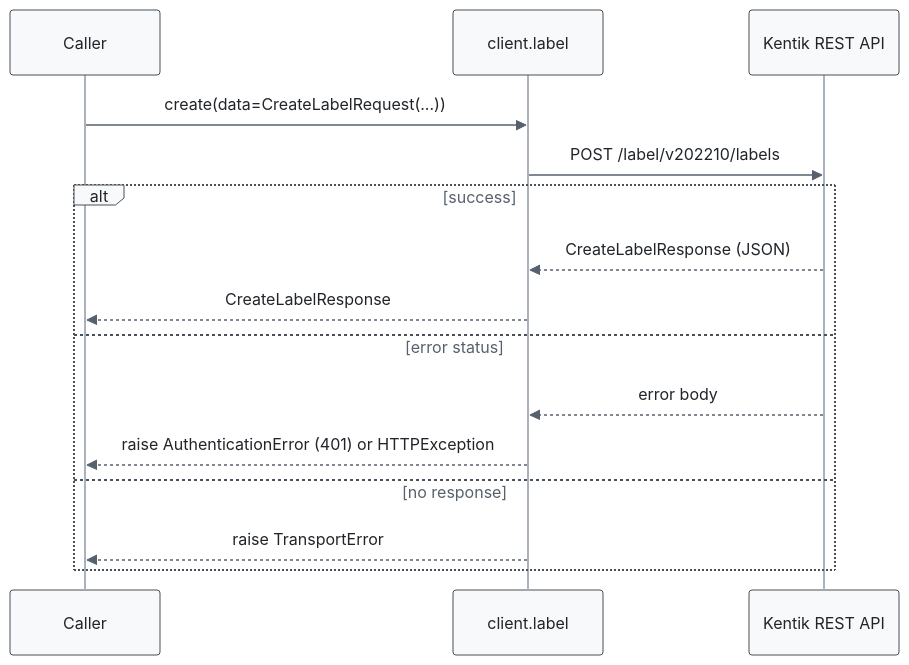
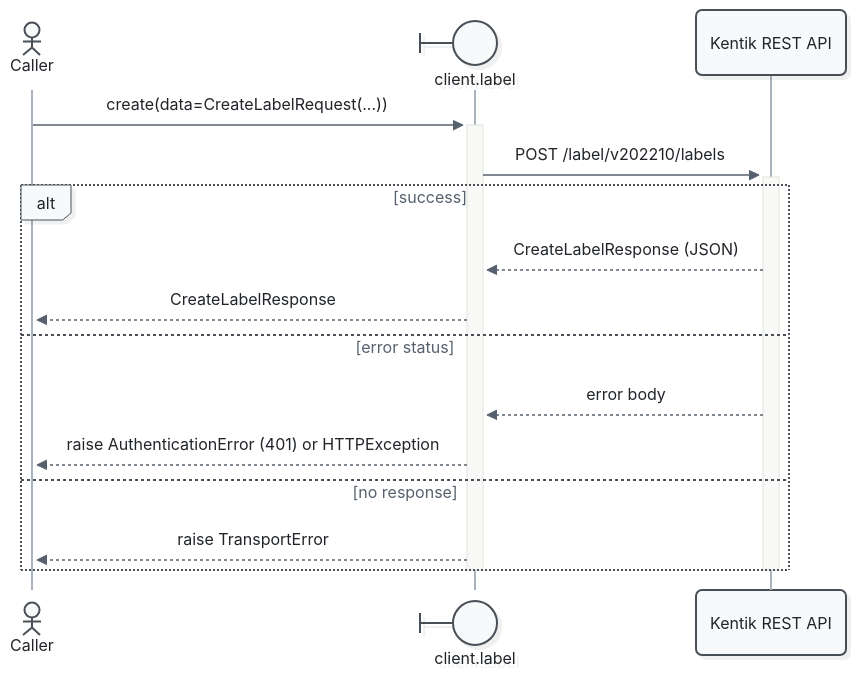
Before and after one commit to alexdearaujo/community_sdk_python: the third of 9 diagrams in docs/sphinx/services/label.md, drawn with Mermaid. The commit also changed other lines of this file and 52 other files, not shown here.

First line of the commit message:
docs: Mermaid 12 sequence diagrams with participant types and path colors

````diff
--- a/docs/sphinx/services/label.md
+++ b/docs/sphinx/services/label.md
@@ -103,19 +108,21 @@
 ```mermaid
-%%{init: {"theme": "base", "fontFamily": "ui-monospace, SFMono-Regular, Menlo, monospace", "themeVariables": {"fontFamily": "ui-monospace, SFMono-Regular, Menlo, monospace", "primaryColor": "#f8f9fa", "primaryBorderColor": "#495057", "primaryTextColor": "#212529", "textColor": "#212529", "lineColor": "#77818c", "edgeLabelBackground": "#ffffff", "actorBkg": "#f8f9fa", "actorBorder": "#495057", "actorTextColor": "#212529", "actorLineColor": "#a9b3be", "signalColor": "#57616d", "signalTextColor": "#212529", "labelBoxBkgColor": "#f8f9fa", "labelBoxBorderColor": "#495057", "labelTextColor": "#212529", "loopTextColor": "#57616d", "noteBkgColor": "#fff9db", "noteBorderColor": "#f08c00", "noteTextColor": "#a35a00"}, "flowchart": {"curve": "step", "nodeSpacing": 30, "rankSpacing": 70, "wrappingWidth": 400}}}%%
+%%{init: {"theme": "redux", "look": "neo", "layout": "dagre", "fontFamily": "ui-monospace, SFMono-Regular, Menlo, monospace", "themeVariables": {"fontFamily": "ui-monospace, SFMono-Regular, Menlo, monospace", "primaryColor": "#f8f9fa", "primaryBorderColor": "#495057", "primaryTextColor": "#212529", "textColor": "#212529", "lineColor": "#77818c", "edgeLabelBackground": "#ffffff", "actorBkg": "#f8f9fa", "actorBorder": "#495057", "actorTextColor": "#212529", "actorLineColor": "#a9b3be", "signalColor": "#57616d", "signalTextColor": "#212529", "labelBoxBkgColor": "#f8f9fa", "labelBoxBorderColor": "#495057", "labelTextColor": "#212529", "loopTextColor": "#57616d", "noteBkgColor": "#fff9db", "noteBorderColor": "#f08c00", "noteTextColor": "#a35a00"}, "sequence": {"activationWidth": 16}, "flowchart": {"curve": "step", "nodeSpacing": 30, "rankSpacing": 70, "wrappingWidth": 400}}}%%
 sequenceDiagram
-    participant C as Caller
-    participant W as client.label
+    actor C as Caller
+    participant W@{ "type": "boundary" } as client.label
     participant API as Kentik REST API
 
-    C->>W: create(data=CreateLabelRequest(...))
-    W->>API: POST /label/v202210/labels
+    C->>+W: create(data=CreateLabelRequest(...))
+    W->>+API: POST /label/v202210/labels
     alt success
         API-->>W: CreateLabelResponse (JSON)
         W-->>C: CreateLabelResponse
     else error status
         API-->>W: error body
         W-->>C: raise AuthenticationError (401) or HTTPException
     else no response
         W-->>C: raise TransportError
     end
+    deactivate API
+    deactivate W
 ```
````
